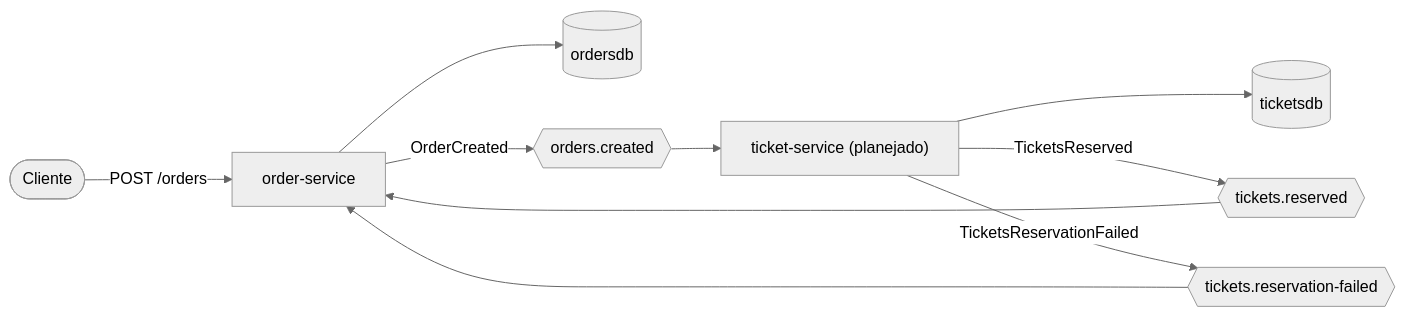
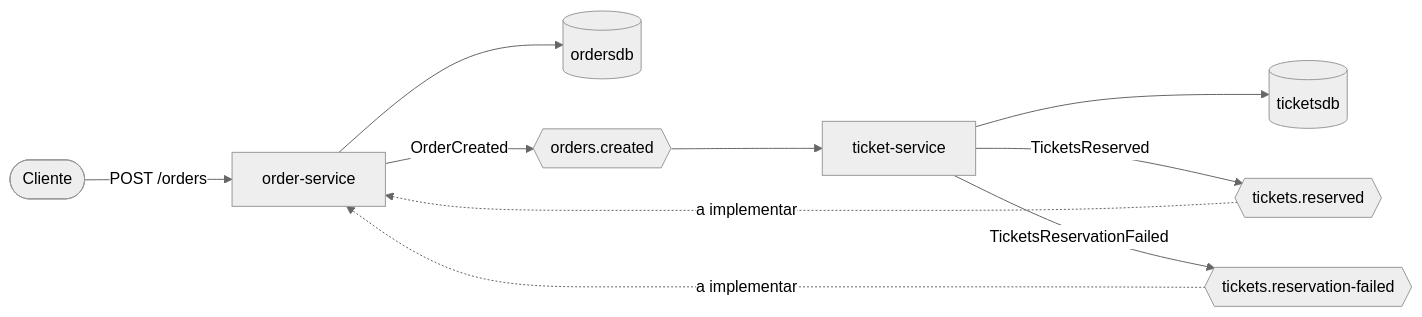
The diagram in README.md (jaythan-dev/ticketing-project), drawn with Mermaid (neutral theme) before and after one commit. The commit also changed other lines of this file, not shown here.

````diff
--- a/README.md
+++ b/README.md
@@ -9,12 +9,12 @@
 ```mermaid
 flowchart LR
     Client(["Cliente"]) -->|"POST /orders"| OS["order-service"]
     OS --> ODB[("ordersdb")]
     OS -->|"OrderCreated"| T1{{"orders.created"}}
-    T1 --> TS["ticket-service (planejado)"]
+    T1 --> TS["ticket-service"]
     TS --> TDB[("ticketsdb")]
     TS -->|"TicketsReserved"| T2{{"tickets.reserved"}}
     TS -->|"TicketsReservationFailed"| T3{{"tickets.reservation-failed"}}
-    T2 --> OS
-    T3 --> OS
+    T2 -.->|"a implementar"| OS
+    T3 -.->|"a implementar"| OS
 ```
````
